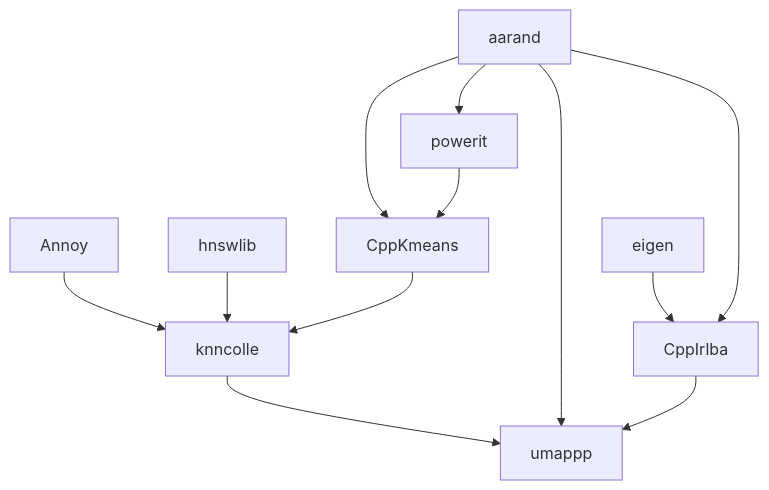
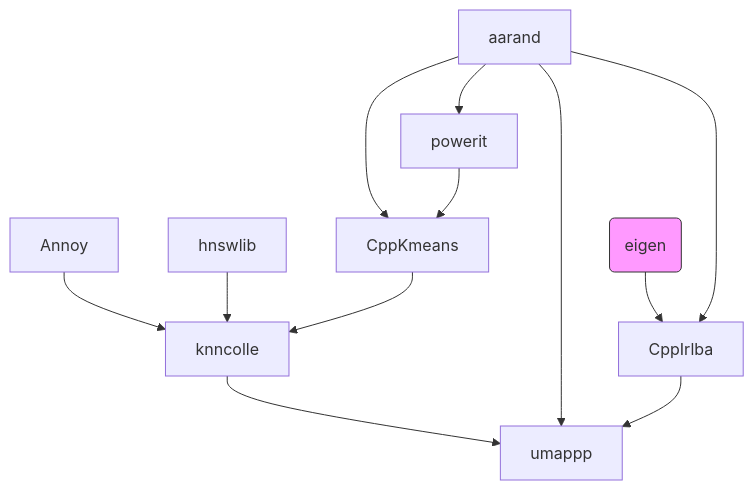
The diagram in README.md (kojix2/ruby-umappp), drawn with Mermaid before and after one commit. The commit also changed other lines of this file, not shown here.

````diff
--- a/README.md
+++ b/README.md
@@ -76,14 +79,15 @@
 ```mermaid
 graph TD;
-    eigen-->CppIrlba;
+    id1(eigen)-->CppIrlba;
     aarand-->CppIrlba;
     Annoy-->knncolle;
     hnswlib-->knncolle;
     CppKmeans-->knncolle;
     aarand-->CppKmeans;
     powerit-->CppKmeans;
     aarand-->powerit;
     knncolle-->umappp;
     aarand-->umappp;
     CppIrlba-->umappp;
+    style id1 fill:#f9f,stroke:#333
 ```
````
